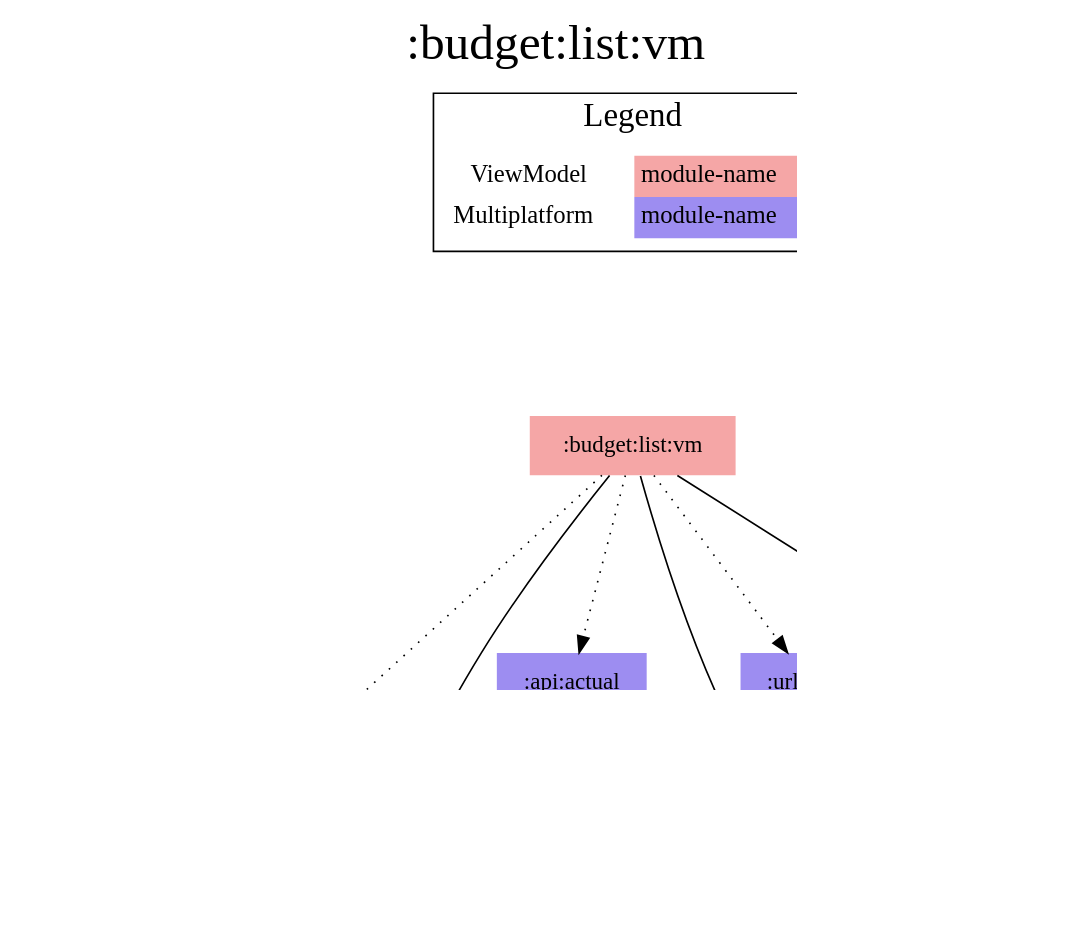
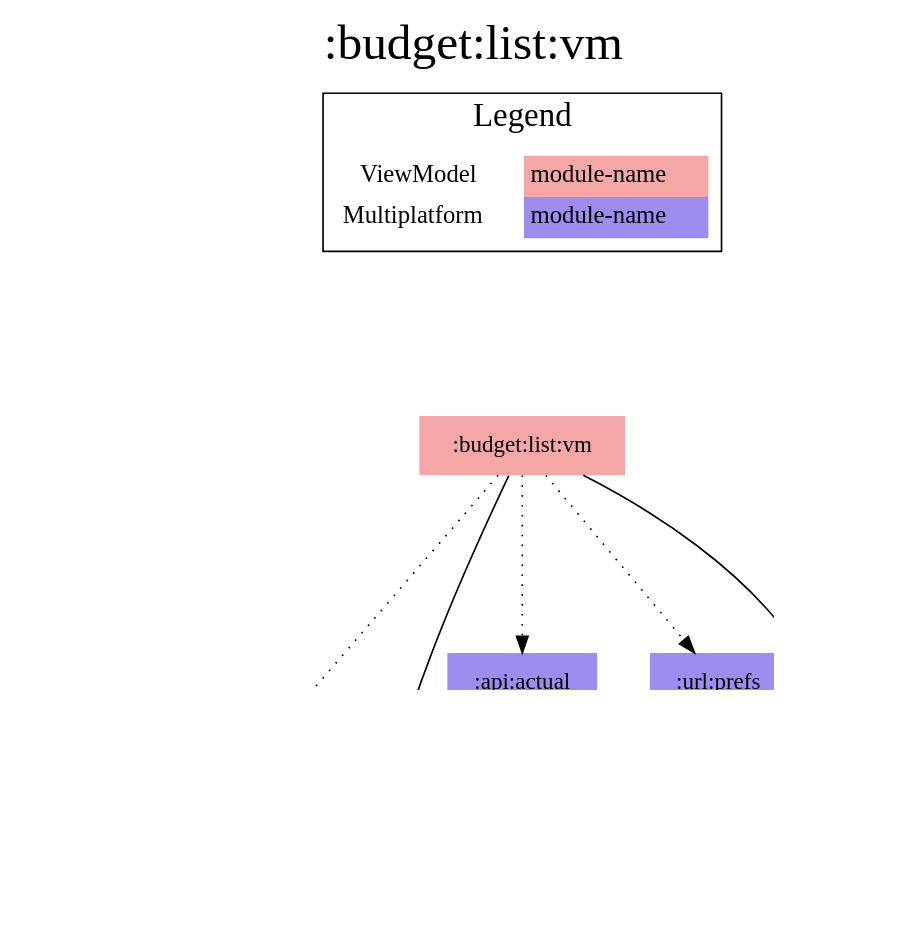
The diagram in modules/budget/list/vm/modules.dot (jonapoul/aktual), drawn with Graphviz before and after one commit. The commit also changed 59 other files, not shown here.

Commit message:
core:versions -> core:model

```diff
--- a/modules/budget/list/vm/modules.dot
+++ b/modules/budget/list/vm/modules.dot
@@ -1,38 +1,36 @@
 digraph {
 edge ["dir"="forward"]
 graph ["dpi"="100","label"=":budget:list:vm","labelloc"="t","fontsize"="30","ranksep"="1.5","rankdir"="TB"]
 node ["style"="filled"]
 ":account:model" ["fillcolor"="#9D8DF1","shape"="none"]
 ":api:actual" ["fillcolor"="#9D8DF1","shape"="none"]
 ":budget:list:vm" ["fillcolor"="#F5A6A6","shape"="none"]
 ":budget:model" ["fillcolor"="#9D8DF1","shape"="none"]
 ":codegen:annotation" ["fillcolor"="#9D8DF1","shape"="none"]
 ":core:model" ["fillcolor"="#9D8DF1","shape"="none"]
-":core:versions" ["fillcolor"="#9D8DF1","shape"="none"]
 ":url:prefs" ["fillcolor"="#9D8DF1","shape"="none"]
 {
 edge ["dir"="none"]
 graph ["rank"="same"]
 }
 ":api:actual" -> ":account:model"
 ":api:actual" -> ":budget:model"
 ":api:actual" -> ":codegen:annotation" ["style"="dotted"]
 ":api:actual" -> ":core:model"
 ":budget:list:vm" -> ":account:model" ["style"="dotted"]
 ":budget:list:vm" -> ":api:actual" ["style"="dotted"]
 ":budget:list:vm" -> ":budget:model"
 ":budget:list:vm" -> ":core:model"
-":budget:list:vm" -> ":core:versions"
 ":budget:list:vm" -> ":url:prefs" ["style"="dotted"]
 ":url:prefs" -> ":core:model"
 subgraph "cluster_legend" {
 edge ["dir"="none"]
 graph ["label"="Legend","fontsize"="20"]
 "Legend" ["style"="filled","fillcolor"="#FFFFFF","shape"="none","margin"="0","fontsize"="15","label"=<
 <TABLE BORDER="0" CELLBORDER="0" CELLSPACING="0" CELLPADDING="4">
 <TR><TD>ViewModel</TD><TD BGCOLOR="#F5A6A6">module-name</TD></TR>
 <TR><TD>Multiplatform</TD><TD BGCOLOR="#9D8DF1">module-name</TD></TR>
 </TABLE>
 >]
 } -> ":budget:list:vm" ["style"="invis"]
 }
```
